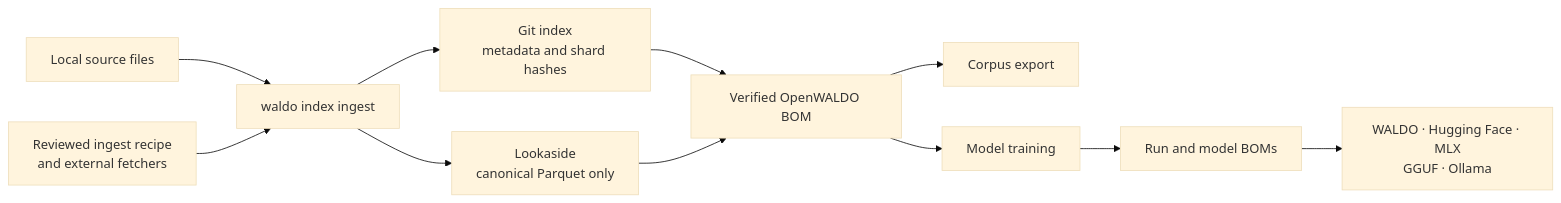
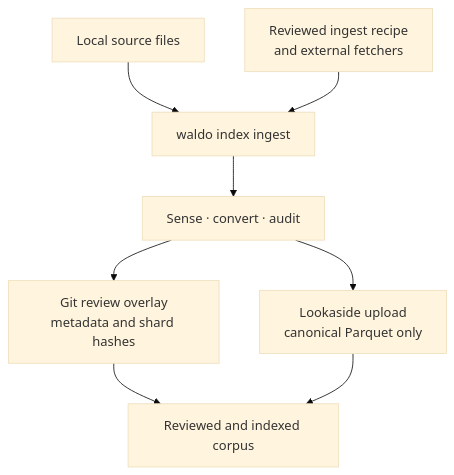
Before and after one commit to mdagosta/waldo: the first of 2 diagrams in README.md, drawn with Mermaid (base theme). The commit also changed other lines of this file and 34 other files, not shown here.

Commit message:
Add schema-1 baseline and PyTorch training

````diff
--- a/README.md
+++ b/README.md
@@ -27,13 +26,10 @@
 ```mermaid
-flowchart LR
+flowchart TB
     A["Local source files"] --> I["waldo index ingest"]
     R["Reviewed ingest recipe<br/>and external fetchers"] --> I
-    I --> G["Git index<br/>metadata and shard hashes"]
-    I --> L["Lookaside<br/>canonical Parquet only"]
-    G --> B["Verified OpenWALDO BOM"]
-    L --> B
-    B --> C["Corpus export"]
-    B --> T["Model training"]
-    T --> M["Run and model BOMs"]
-    M --> E["WALDO · Hugging Face · MLX<br/>GGUF · Ollama"]
+    I --> V["Sense · convert · audit"]
+    V --> G["Git review overlay<br/>metadata and shard hashes"]
+    V --> L["Lookaside upload<br/>canonical Parquet only"]
+    G --> P["Reviewed and indexed corpus"]
+    L --> P
 ```
````
